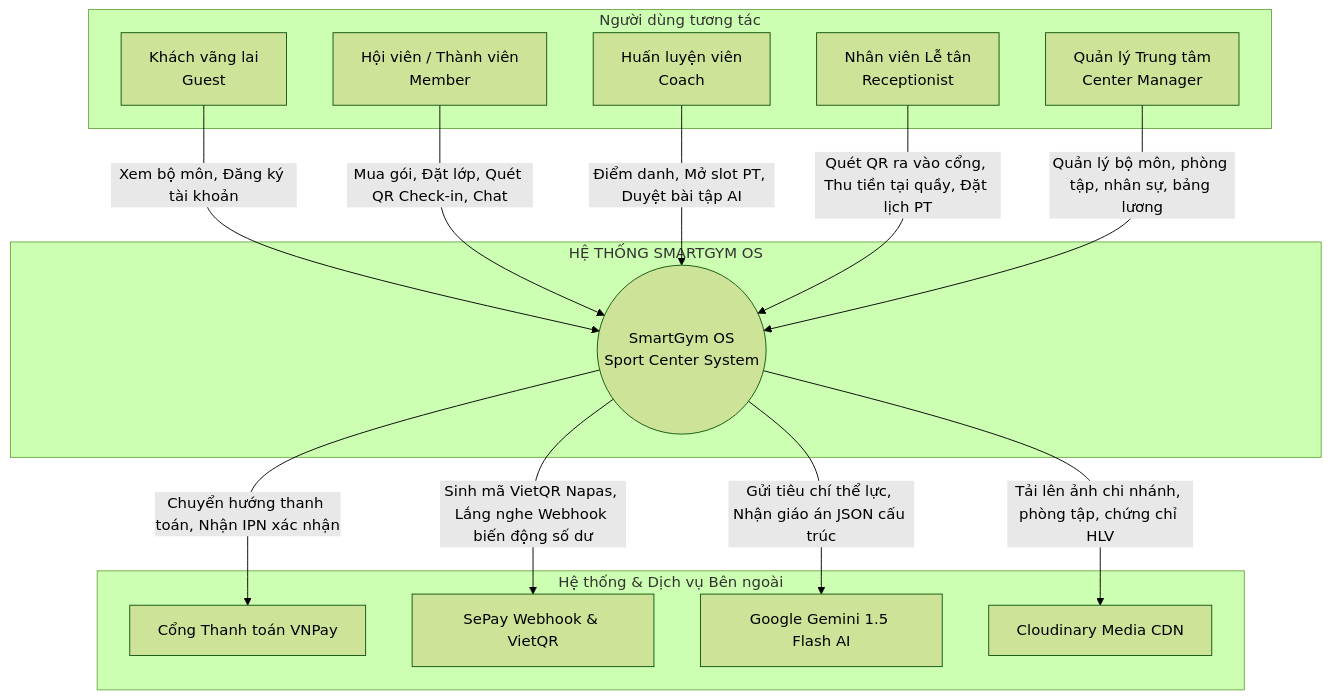
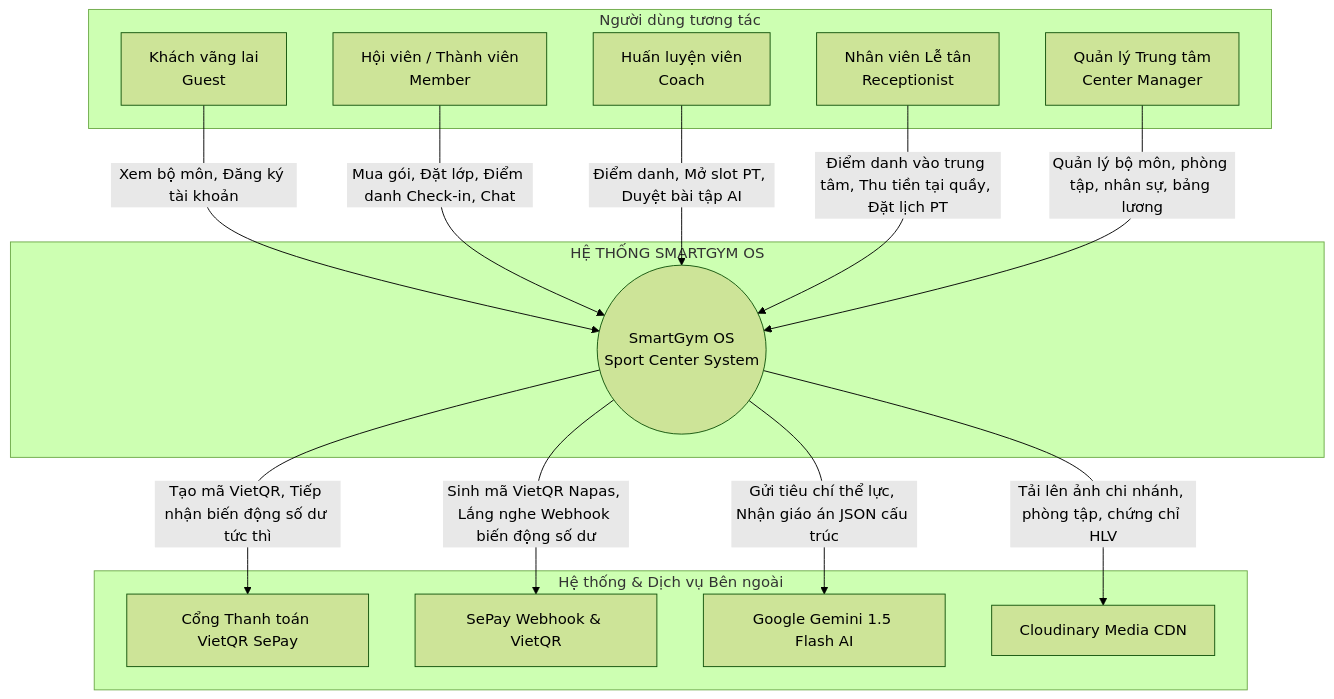
Before and after one commit to LeHoangLong2004/Sport_Center: the first of 7 diagrams in docs/SWP391_SRS_Template2_Document.md, drawn with Mermaid (forest theme). The commit also changed other lines of this file and 18 other files, not shown here.

````diff
--- a/docs/SWP391_SRS_Template2_Document.md
+++ b/docs/SWP391_SRS_Template2_Document.md
@@ -79,32 +79,32 @@
 ```mermaid
 flowchart TD
     subgraph External_Users [Người dùng tương tác]
         MEMBER[Hội viên / Thành viên<br>Member]
         COACH[Huấn luyện viên<br>Coach]
         RECEPT[Nhân viên Lễ tân<br>Receptionist]
         MANAGER[Quản lý Trung tâm<br>Center Manager]
         GUEST[Khách vãng lai<br>Guest]
     end
 
     subgraph Core_System [HỆ THỐNG SMARTGYM OS]
         SYSTEM((SmartGym OS<br>Sport Center System))
     end
 
     subgraph External_Services [Hệ thống & Dịch vụ Bên ngoài]
-        VNPAY[Cổng Thanh toán VNPay]
+        SEPAY_GATE[Cổng Thanh toán VietQR SePay]
         SEPAY[SePay Webhook & VietQR]
         GEMINI[Google Gemini 1.5 Flash AI]
         CLOUDINARY[Cloudinary Media CDN]
     end
 
     GUEST -->|Xem bộ môn, Đăng ký tài khoản| SYSTEM
-    MEMBER -->|Mua gói, Đặt lớp, Quét QR Check-in, Chat| SYSTEM
+    MEMBER -->|Mua gói, Đặt lớp, Điểm danh Check-in, Chat| SYSTEM
     COACH -->|Điểm danh, Mở slot PT, Duyệt bài tập AI| SYSTEM
-    RECEPT -->|Quét QR ra vào cổng, Thu tiền tại quầy, Đặt lịch PT| SYSTEM
+    RECEPT -->|Điểm danh vào trung tâm, Thu tiền tại quầy, Đặt lịch PT| SYSTEM
     MANAGER -->|Quản lý bộ môn, phòng tập, nhân sự, bảng lương| SYSTEM
 
-    SYSTEM -->|Chuyển hướng thanh toán, Nhận IPN xác nhận| VNPAY
+    SYSTEM -->|Tạo mã VietQR, Tiếp nhận biến động số dư tức thì| SEPAY_GATE
     SYSTEM -->|Sinh mã VietQR Napas, Lắng nghe Webhook biến động số dư| SEPAY
     SYSTEM -->|Gửi tiêu chí thể lực, Nhận giáo án JSON cấu trúc| GEMINI
     SYSTEM -->|Tải lên ảnh chi nhánh, phòng tập, chứng chỉ HLV| CLOUDINARY
 ```
````
